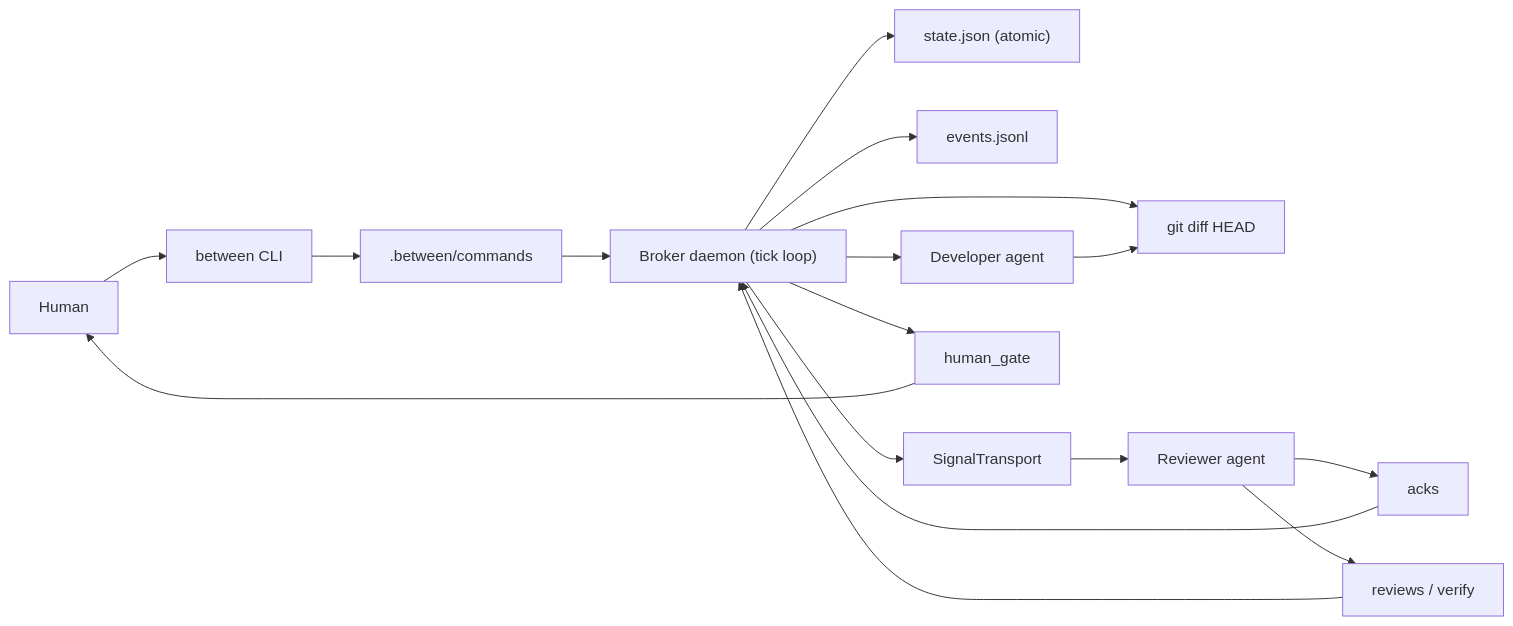
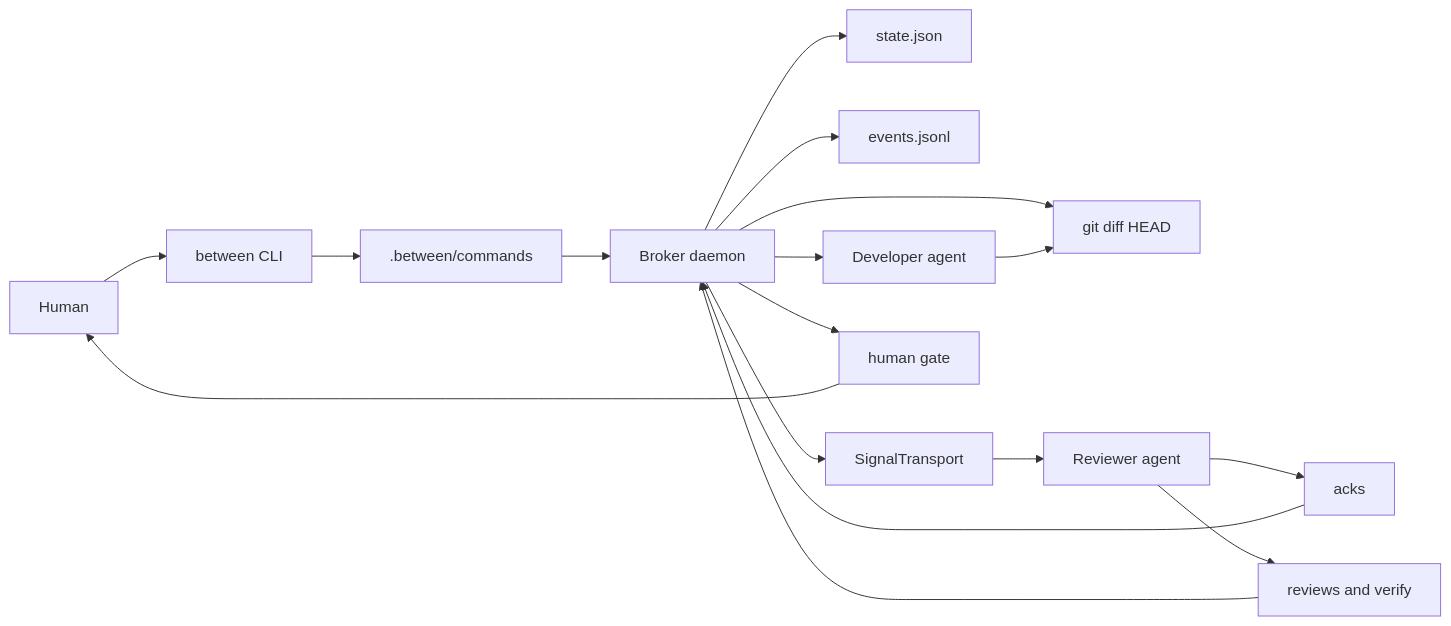
Before and after one commit to ashmoonori-afk/between: the second of 2 diagrams in README.md, drawn with Mermaid. The commit also changed other lines of this file, not shown here.

Commit message:
docs(readme): refresh broker overview

````diff
--- a/README.md
+++ b/README.md
@@ -242,19 +291,19 @@
 ```mermaid
 flowchart LR
     Human["Human"] --> CLI["between CLI"]
     CLI --> Commands[".between/commands"]
-    Commands --> Daemon["Broker daemon (tick loop)"]
+    Commands --> Daemon["Broker daemon"]
     Daemon --> Git["git diff HEAD"]
-    Daemon --> State["state.json (atomic)"]
+    Daemon --> State["state.json"]
     Daemon --> Events["events.jsonl"]
     Daemon --> Signals["SignalTransport"]
     Signals --> Reviewer["Reviewer agent"]
     Reviewer --> Acks["acks"]
-    Reviewer --> Reviews["reviews / verify"]
+    Reviewer --> Reviews["reviews and verify"]
     Reviews --> Daemon
     Acks --> Daemon
     Daemon --> Developer["Developer agent"]
     Developer --> Git
-    Daemon --> Gate["human_gate"]
+    Daemon --> Gate["human gate"]
     Gate --> Human
 ```
````
